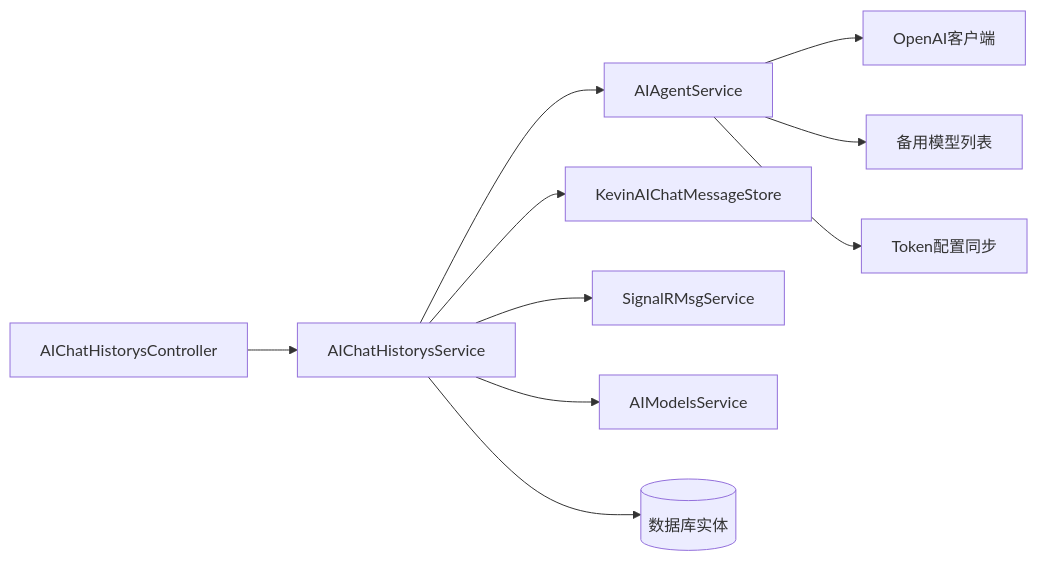
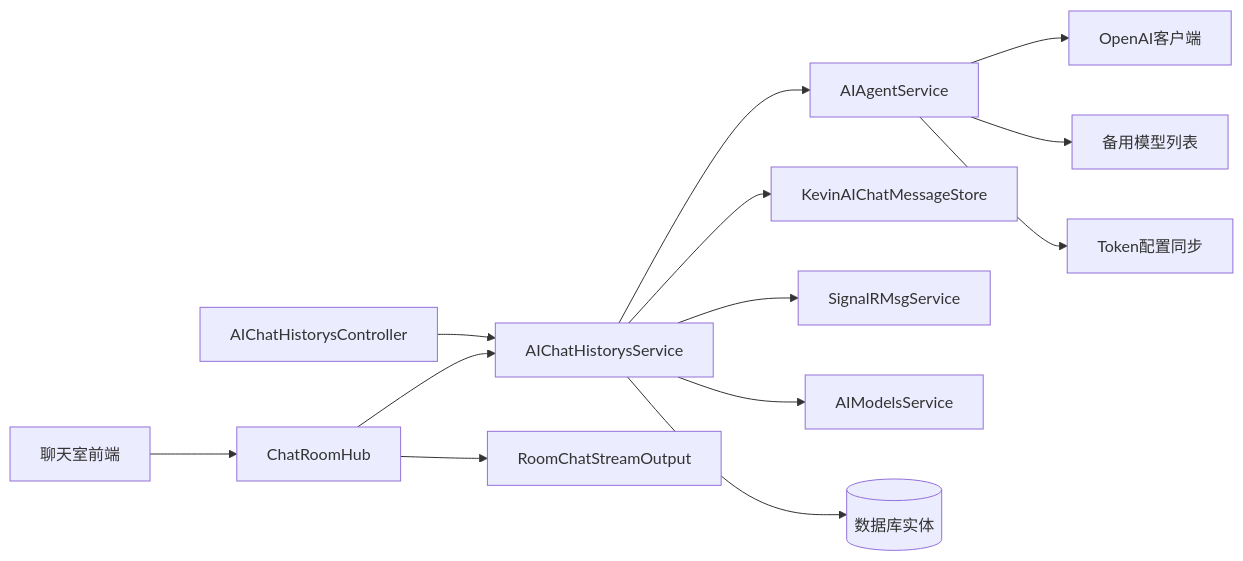
Before and after one commit to junkai-li/NetCoreKevin: the eighth of 8 diagrams in .qoder/repowiki/zh/content/核心模块/AI智能助手/聊天对话.md, drawn with Mermaid. The commit also changed other lines of this file and 54 other files, not shown here.

````diff
--- a/.qoder/repowiki/zh/content/核心模块/AI智能助手/聊天对话.md
+++ b/.qoder/repowiki/zh/content/核心模块/AI智能助手/聊天对话.md
@@ -346,12 +427,15 @@
 ```mermaid
 graph LR
 Ctrl["AIChatHistorysController"] --> Svc["AIChatHistorysService"]
+CRFE["聊天室前端"] --> CH["ChatRoomHub"]
+CH --> Svc
 Svc --> Agent["AIAgentService"]
 Svc --> Store["KevinAIChatMessageStore"]
 Svc --> SR["SignalRMsgService"]
 Svc --> ModelSvc["AIModelsService"]
 Agent --> OA["OpenAI客户端"]
 Agent --> Fallback["备用模型列表"]
 Agent --> TokenSync["Token配置同步"]
 Svc --> DB[("数据库实体")]
+CH --> RoomOutput["RoomChatStreamOutput"]
 ```
````
